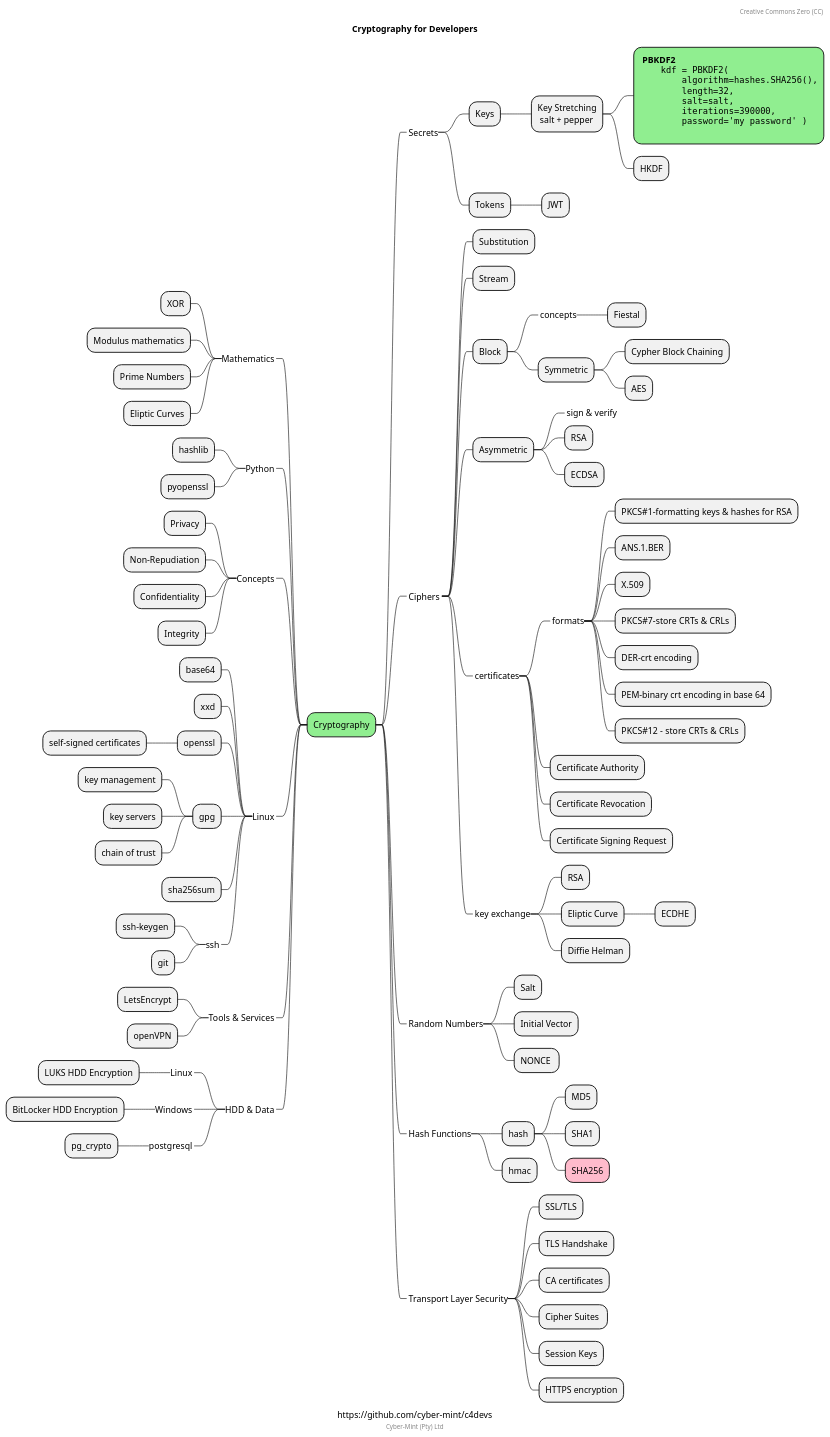
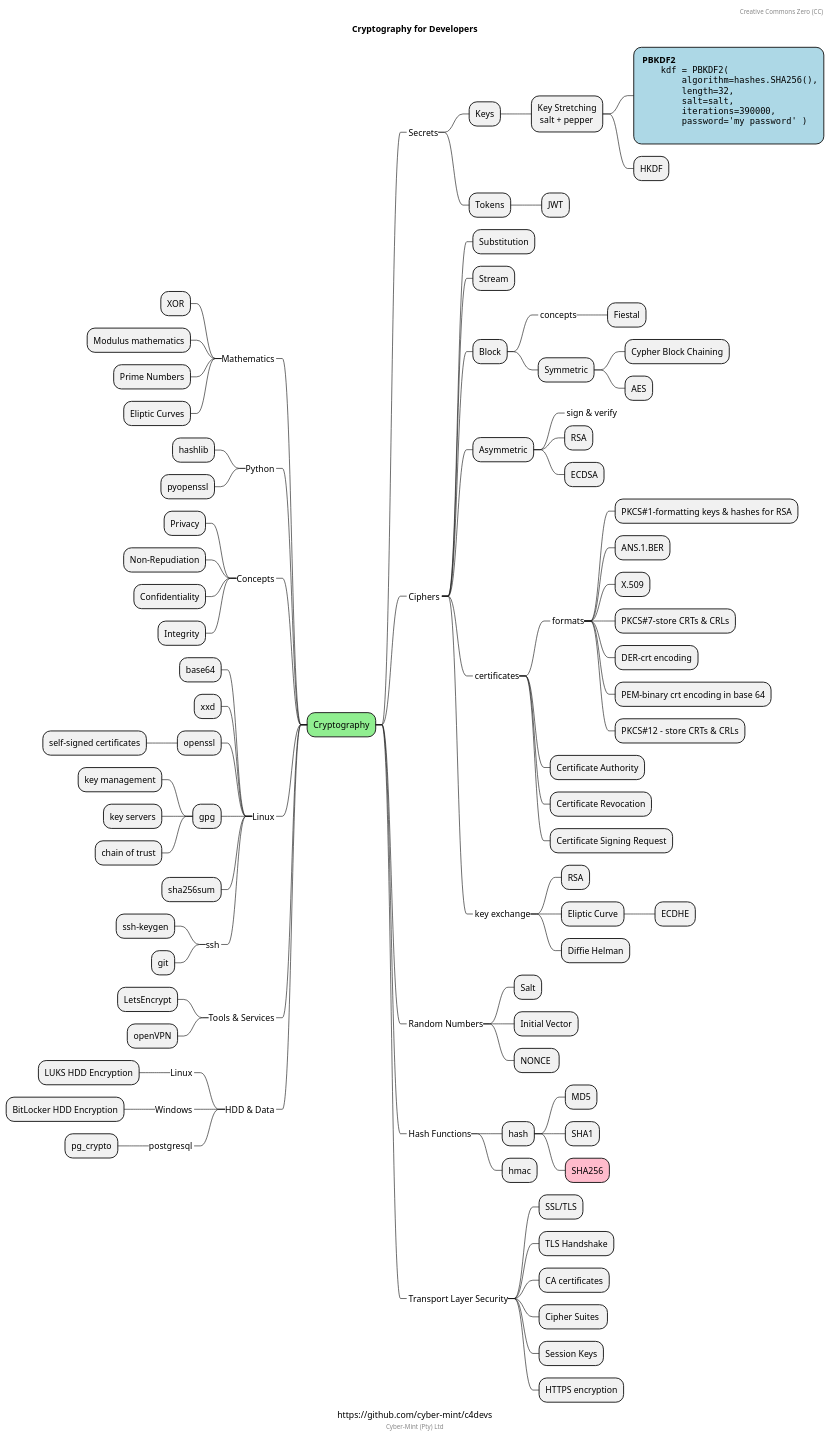
One commit to Cyber-Mint/c4devs changed the diagram in cryptography.puml. Above: the diagram before and after it, drawn with PlantUML. The commit also changed 3 other files, not shown here.

```diff
--- a/cryptography.puml
+++ b/cryptography.puml
@@ -1,132 +1,132 @@
 @startmindmap
 
 caption https://github.com/cyber-mint/c4devs
 title Cryptography for Developers
 
 *[#lightgreen] Cryptography
 
  *_ Secrets
   * Keys
 ****:Key Stretching
  salt + pepper;
 
-*****[#lightgreen]: **PBKDF2**
+*****[#lightblue]: **PBKDF2**
 <code>
     kdf = PBKDF2(
         algorithm=hashes.SHA256(),
         length=32,
         salt=salt,
         iterations=390000,
         password='my password' )
 </code>
 ;
     * HKDF
   * Tokens
    * JWT
 
  *_ Ciphers <<rose>>
   * Substitution
   * Stream
   * Block
    *_ concepts
     * Fiestal
    * Symmetric
     * Cypher Block Chaining
     * AES
   * Asymmetric
    *_ sign & verify
    * RSA
    * ECDSA
   *_ certificates
    *_ formats
     * PKCS#1-formatting keys & hashes for RSA
     * ANS.1.BER
     * X.509
     * PKCS#7-store CRTs & CRLs
     * DER-crt encoding
     * PEM-binary crt encoding in base 64
     * PKCS#12 - store CRTs & CRLs
    * Certificate Authority
    * Certificate Revocation
    * Certificate Signing Request
   *_ key exchange
    * RSA
    * Eliptic Curve
     * ECDHE
    * Diffie Helman
 
  *_ Random Numbers
   * Salt
   * Initial Vector
   * NONCE 
  *_ Hash Functions
   * hash
    * MD5
    * SHA1
    *[#FFBBCC] SHA256
   * hmac
  *_ Transport Layer Security
   * SSL/TLS
   * TLS Handshake
   * CA certificates
   * Cipher Suites 
   * Session Keys
   * HTTPS encryption
 
 left side
 
 --_ Mathematics
   * XOR
   * Modulus mathematics
   * Prime Numbers
   * Eliptic Curves
 
 --_ Python
   * hashlib
   * pyopenssl
 
 --_ Concepts
   * Privacy
   * Non-Repudiation
   * Confidentiality
   * Integrity
 
 
 --_ Linux
   * base64
   * xxd
   * openssl
    * self-signed certificates
   * gpg
    * key management
    * key servers
    * chain of trust
   * sha256sum
   *_ ssh
    * ssh-keygen
    * git
 
 --_ Tools & Services
   * LetsEncrypt
   * openVPN
 
 --_ HDD & Data
   *_ Linux
    * LUKS HDD Encryption
   *_ Windows
    * BitLocker HDD Encryption
   *_ postgresql
    * pg_crypto
 
 header
  Creative Commons Zero (CC)
 endheader
 
 center footer Cyber-Mint (Pty) Ltd
 
 ' legend right
 '   Short
 '   legend
 ' endlegend
 
 @endmindmap
```
